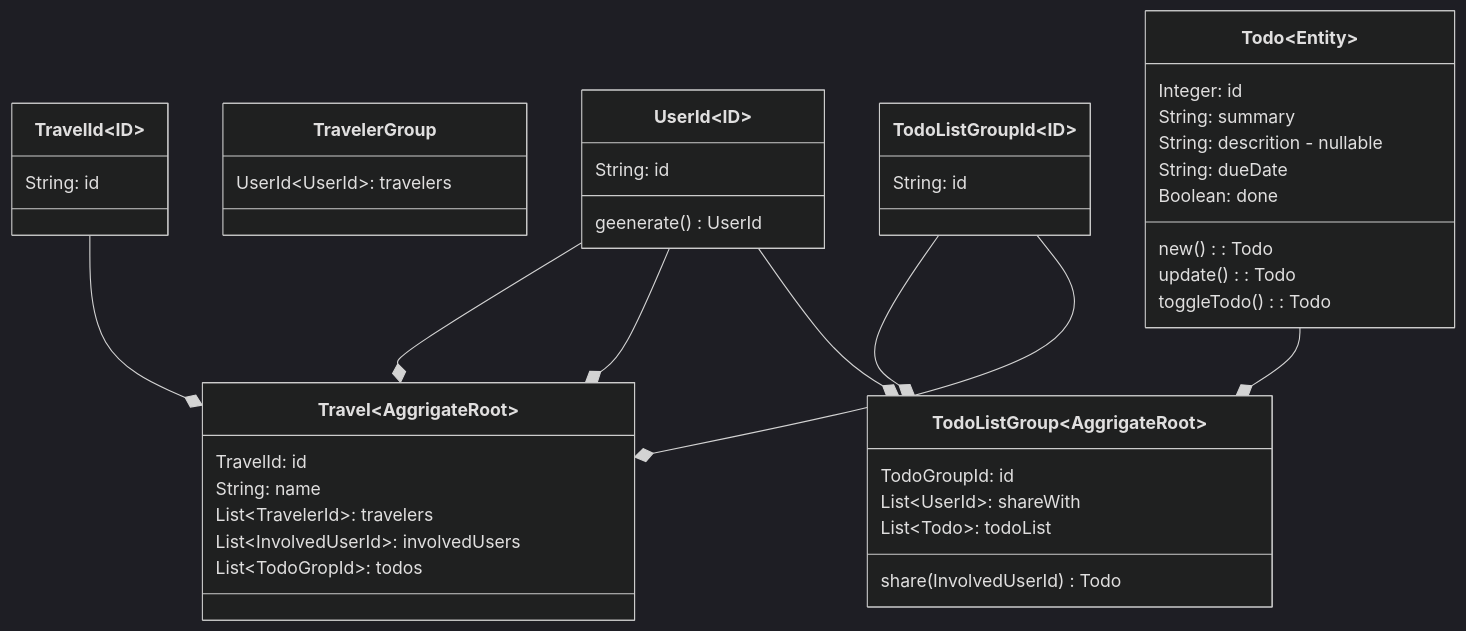
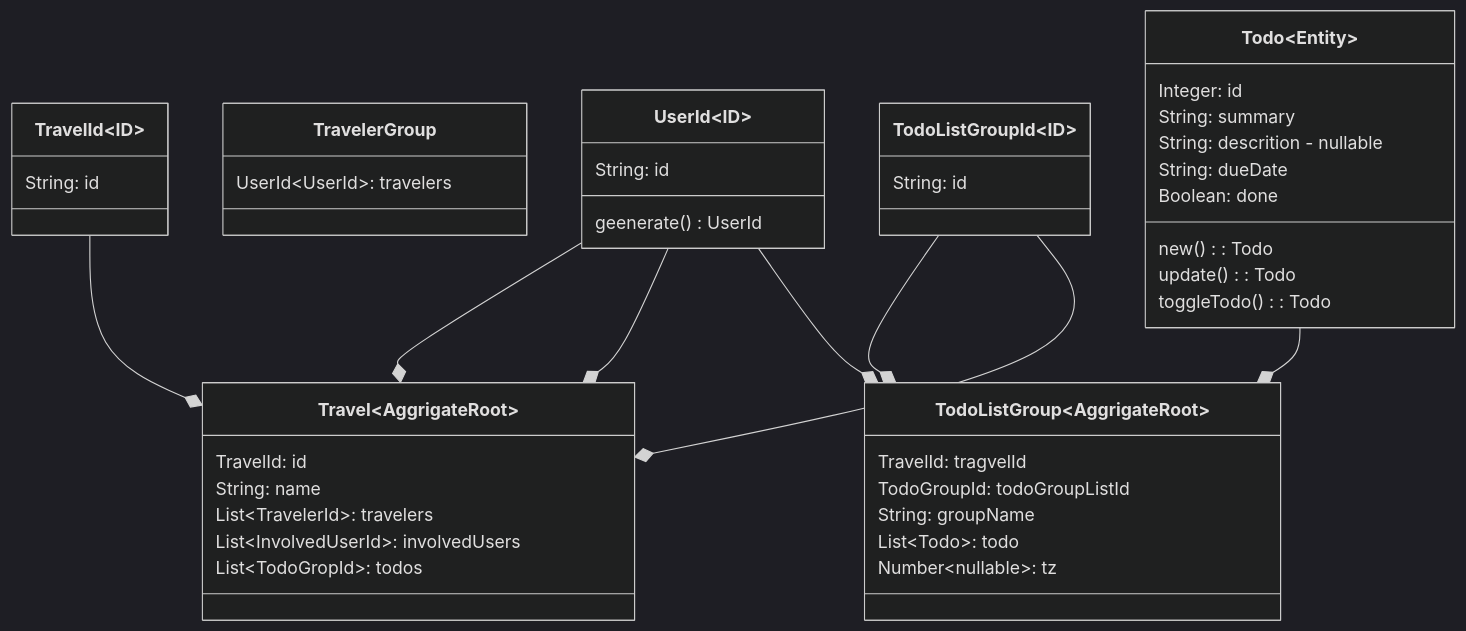
Before and after one commit to hitohata/WhereWereWe: the second of 2 diagrams in docs/project/docs/models/models.md, drawn with Mermaid (dark theme). The commit also changed 5 other files, not shown here.

````diff
--- a/docs/project/docs/models/models.md
+++ b/docs/project/docs/models/models.md
@@ -25,54 +25,55 @@
 ```mermaid
 classDiagram
     class TravelId~ID~ {
         String: id
     }
     
     class Travel~AggrigateRoot~ {
         TravelId: id
         String: name    
         List~TravelerId~: travelers
         List~InvolvedUserId~: involvedUsers
         List~TodoGropId~: todos
     }
     
     class TravelerGroup {
         UserId~UserId~: travelers
     }
     
     class UserId~ID~ {
         String: id
         geenerate() UserId
     }
     
     class TodoListGroupId~ID~ {
         String: id
     }
     
     class TodoListGroup~AggrigateRoot~ {
-        TodoGroupId: id
-        List~UserId~: shareWith
-        List~Todo~: todoList
-        share(InvolvedUserId) Todo
+        TravelId: tragvelId
+        TodoGroupId: todoGroupListId
+        String: groupName 
+        List~Todo~: todo
+        Number~nullable~: tz
     }
     
     class Todo~Entity~ {
         Integer: id
         String: summary
         String: descrition - nullable
         String: dueDate
         Boolean: done
         new(): Todo
         update(): Todo
         toggleTodo(): Todo
     }
 
     TravelId --* Travel
     UserId --* Travel
     
     UserId --* Travel
     Todo --* TodoListGroup
     TodoListGroupId --* TodoListGroup
     UserId --* TodoListGroup
     TodoListGroupId --* Travel
 ```
````
